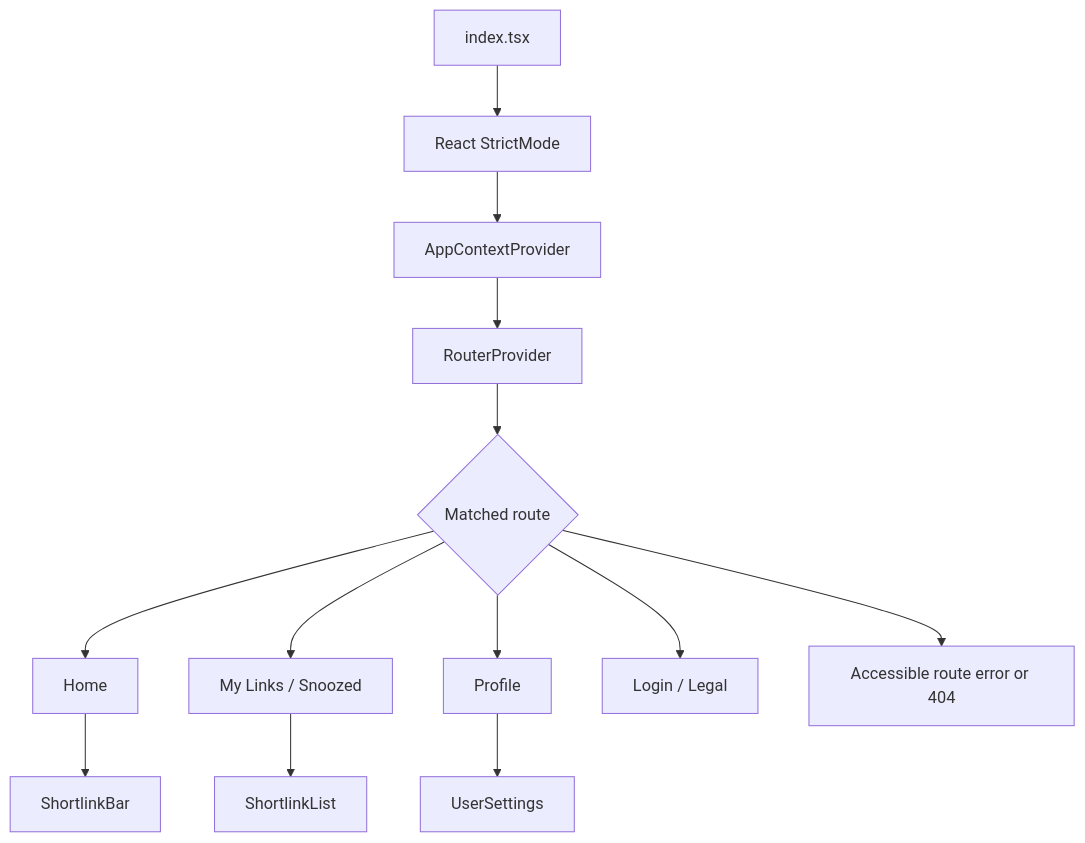
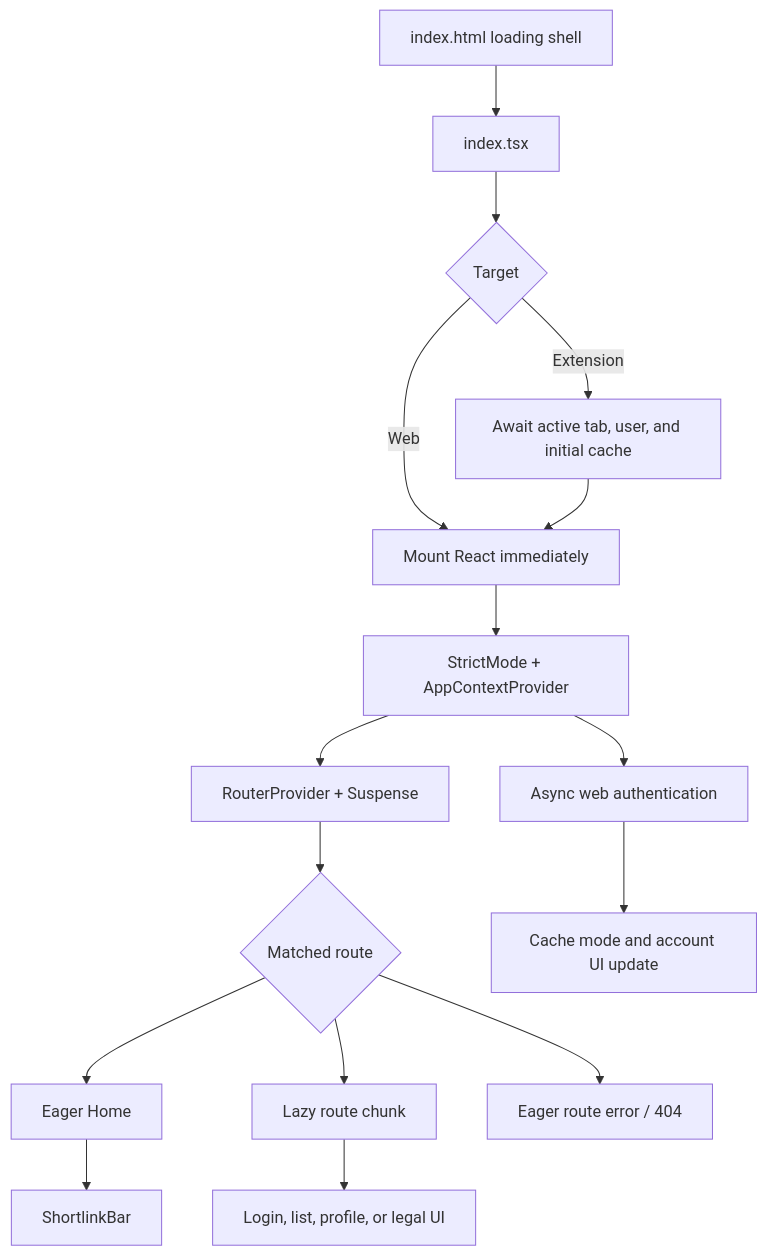
One commit to jpetroff/shlk-monorepo changed the first of 4 diagrams in .memory/react-19-web-architecture.md. Above: the diagram before and after it, drawn with Mermaid. The commit also changed other lines of this file and 2 other files, not shown here.

Commit message:
loading docs

````diff
--- a/.memory/react-19-web-architecture.md
+++ b/.memory/react-19-web-architecture.md
@@ -42,15 +43,18 @@
 ```mermaid
 flowchart TD
-    A["index.tsx"] --> B["React StrictMode"]
-    B --> C["AppContextProvider"]
-    C --> D["RouterProvider"]
-    D --> E{"Matched route"}
-    E --> F["Home"]
-    E --> G["My Links / Snoozed"]
-    E --> H["Profile"]
-    E --> I["Login / Legal"]
-    E --> J["Accessible route error or 404"]
-    F --> K["ShortlinkBar"]
-    G --> L["ShortlinkList"]
-    H --> M["UserSettings"]
+    A["index.html loading shell"] --> B["index.tsx"]
+    B --> C{"Target"}
+    C -- Web --> D["Mount React immediately"]
+    C -- Extension --> E["Await active tab, user, and initial cache"]
+    E --> D
+    D --> F["StrictMode + AppContextProvider"]
+    F --> G["RouterProvider + Suspense"]
+    G --> H{"Matched route"}
+    H --> I["Eager Home"]
+    H --> J["Lazy route chunk"]
+    H --> K["Eager route error / 404"]
+    F --> L["Async web authentication"]
+    L --> M["Cache mode and account UI update"]
+    I --> N["ShortlinkBar"]
+    J --> O["Login, list, profile, or legal UI"]
 ```
````
